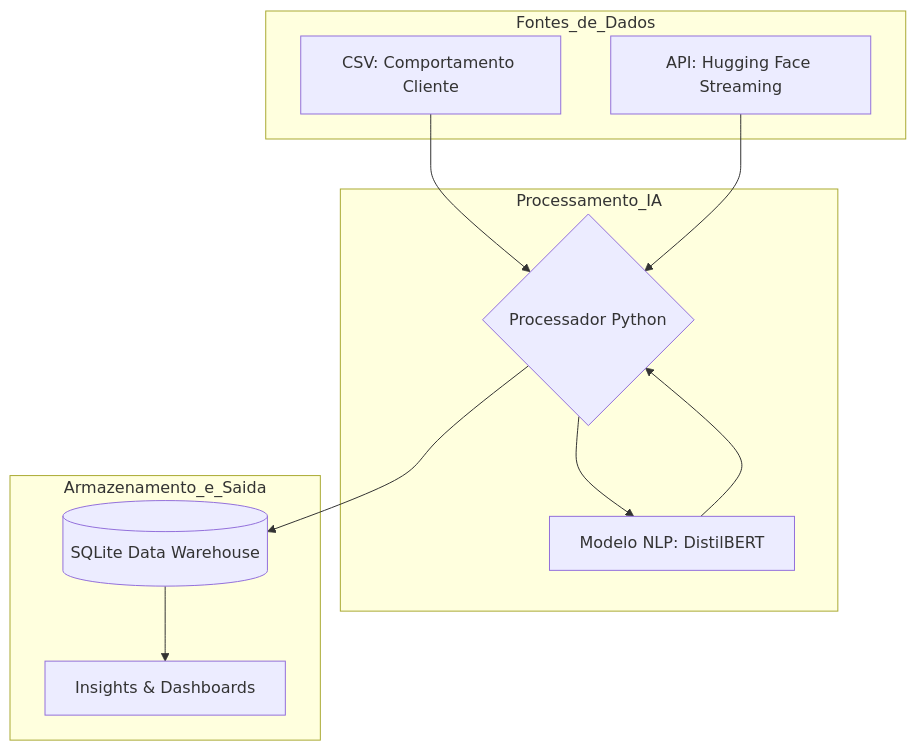
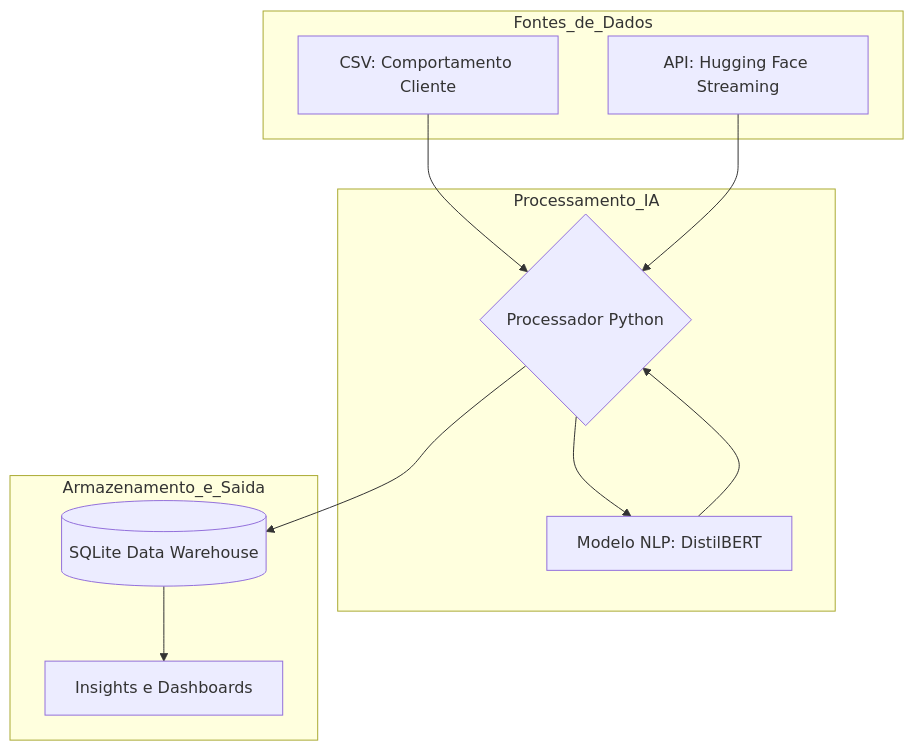
The diagram in README.md (FilipaPereira-IA/Retail-Insight-Engine-AI-Powered-Customer-Profiling), drawn with Mermaid before and after one commit.

````diff
--- a/README.md
+++ b/README.md
@@ -11,24 +11,24 @@
 ```mermaid
 graph TD
     subgraph Fontes_de_Dados
         A[CSV: Comportamento Cliente]
         B[API: Hugging Face Streaming]
     end
 
     subgraph Processamento_IA
         D{Processador Python}
         E[Modelo NLP: DistilBERT]
     end
 
     subgraph Armazenamento_e_Saida
         G[(SQLite Data Warehouse)]
-        H[Insights & Dashboards]
+        H[Insights e Dashboards]
     end
 
     A --> D
     B --> D
     D --> E
     E --> D
     D --> G
     G --> H
 ```
````
